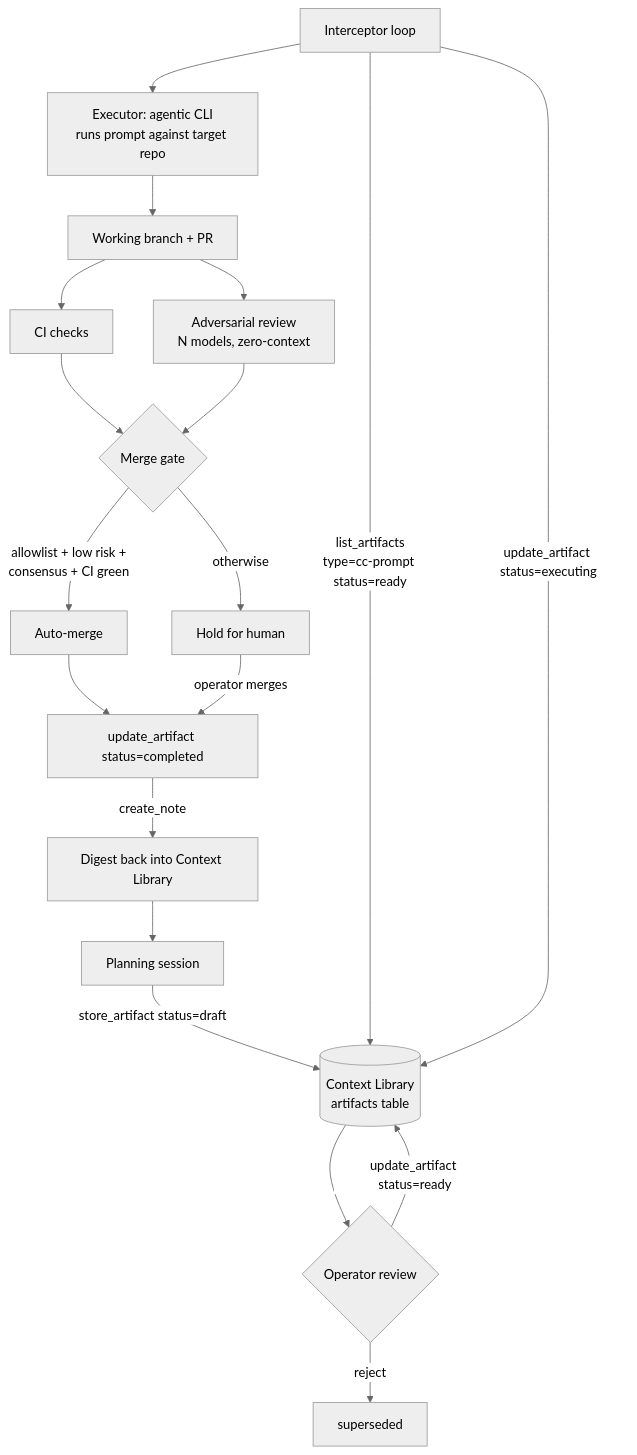
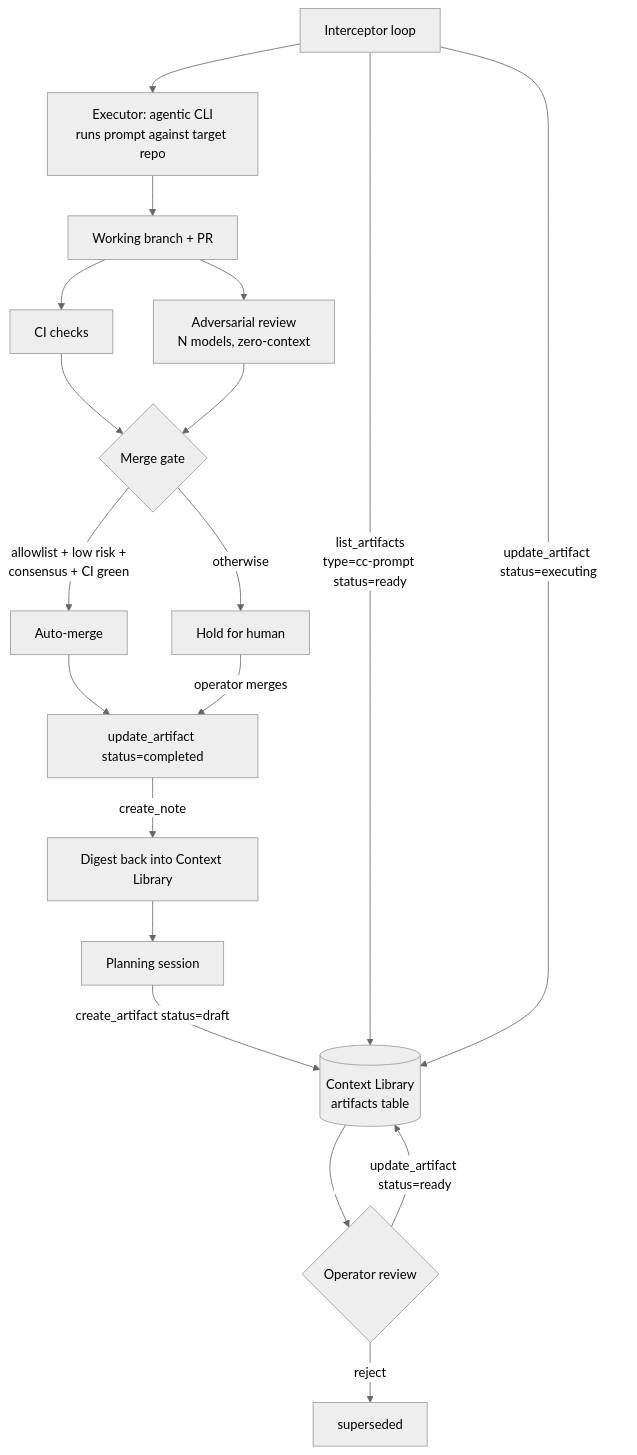
One commit to onideus/context-library changed the diagram in docs/pipeline/README.md. Above: the diagram before and after it, drawn with Mermaid (neutral theme). The commit also changed 44 other files, not shown here.

Commit message:
[Pipeline] context-library: consistent MCP tool names (9 renames), deprecated aliases for one release, reindex as an operator script (#339)

````diff
--- a/docs/pipeline/README.md
+++ b/docs/pipeline/README.md
@@ -13,24 +13,24 @@
 ```mermaid
 flowchart TD
-    A[Planning session] -->|store_artifact status=draft| B[(Context Library<br/>artifacts table)]
+    A[Planning session] -->|create_artifact status=draft| B[(Context Library<br/>artifacts table)]
     B --> C{Operator review}
     C -->|update_artifact status=ready| B
     C -->|reject| Z[superseded]
 
     D[Interceptor loop] -->|list_artifacts<br/>type=cc-prompt status=ready| B
     D -->|update_artifact status=executing| B
     D --> E[Executor: agentic CLI<br/>runs prompt against target repo]
     E --> F[Working branch + PR]
     F --> G[CI checks]
     F --> H[Adversarial review<br/>N models, zero-context]
 
     G --> I{Merge gate}
     H --> I
     I -->|allowlist + low risk +<br/>consensus + CI green| J[Auto-merge]
     I -->|otherwise| K[Hold for human]
 
     J --> L[update_artifact status=completed]
     K -->|operator merges| L
     L -->|create_note| M[Digest back into Context Library]
     M --> A
 ```
````
